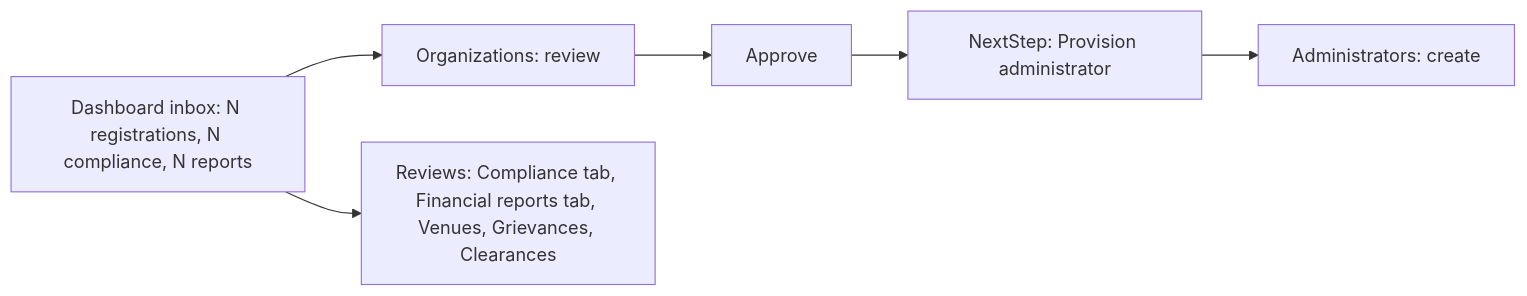
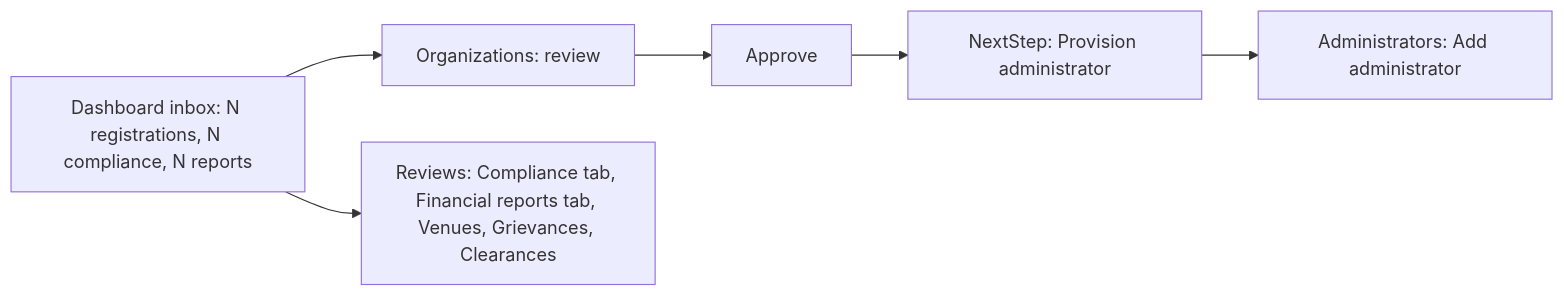
One commit to prodoc-zen/Hiusa-FULL changed the fourth of 8 diagrams in docs/UX_FLOW.md. Above: the diagram before and after it, drawn with Mermaid. The commit also changed other lines of this file and 8 other files, not shown here.

Commit message:
docs: the QA case, UX flow and column guides now name the current review wording, officer release path and administrator button

````diff
--- a/docs/UX_FLOW.md
+++ b/docs/UX_FLOW.md
@@ -198,8 +198,8 @@
 ```mermaid
 flowchart LR
   SA1[Dashboard inbox: N registrations, N compliance, N reports] --> SA2[Organizations: review]
   SA2 --> SA3[Approve]
   SA3 --> SA4["NextStep: Provision administrator"]
-  SA4 --> SA5[Administrators: create]
+  SA4 --> SA5[Administrators: Add administrator]
   SA1 --> SA6[Reviews: Compliance tab, Financial reports tab, Venues, Grievances, Clearances]
 ```
````
